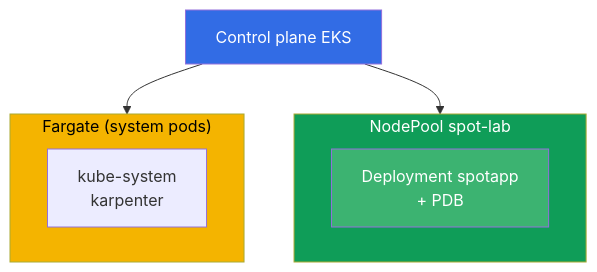
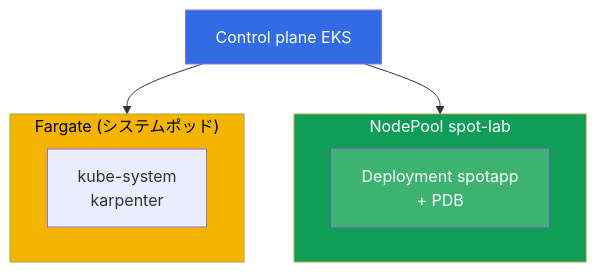
One commit to ViktorUJ/cks changed the first of 2 diagrams in tasks/eks/labs/111/README_JP.MD. Above: the diagram before and after it, drawn with Mermaid. The commit also changed 221 other files, not shown here.

````diff
--- a/tasks/eks/labs/111/README_JP.MD
+++ b/tasks/eks/labs/111/README_JP.MD
@@ -41,16 +41,16 @@
 ```mermaid
 flowchart TB
     cp["Control plane EKS"]
-    subgraph fg["Fargate (system pods)"]
+    subgraph fg["Fargate (システムポッド)"]
         sys["kube-system<br>karpenter"]
     end
     subgraph spot["NodePool spot-lab"]
         app["Deployment spotapp<br>+ PDB"]
     end
     cp --> fg
     cp --> spot
     style cp fill:#326ce5,color:#fff
     style fg fill:#f4b400,color:#000
     style spot fill:#0f9d58,color:#fff
     style app fill:#3cb371,color:#fff
 ```
````
